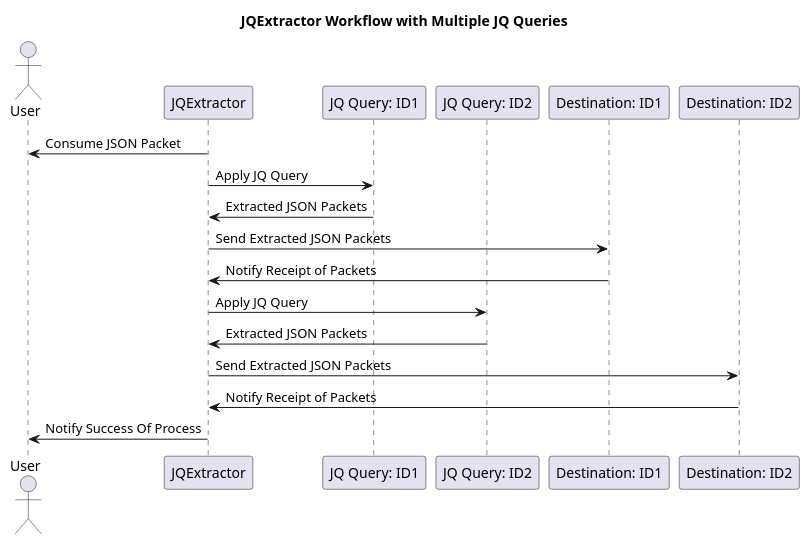
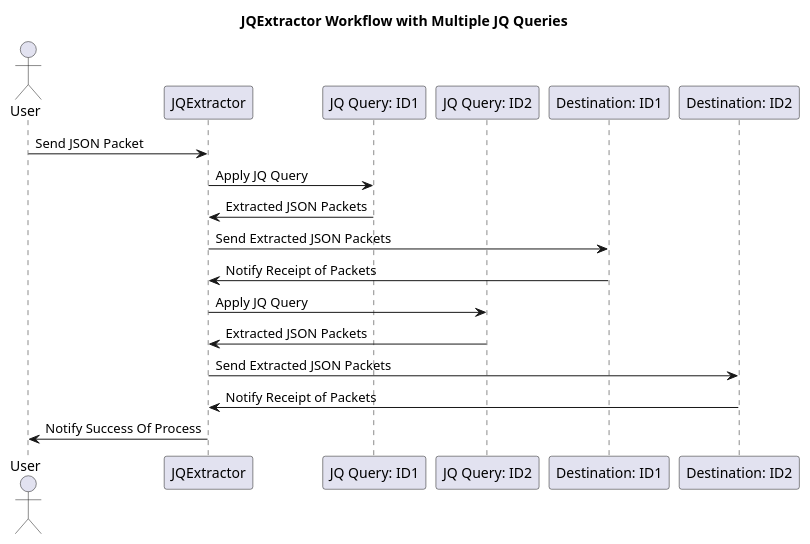
The diagram in docs/user/JQExtractor/JQExtractor_WorkFlow.puml (xtuml/otel2pv), drawn with PlantUML before and after one commit. The commit also changed 5 other files, not shown here.

```diff
--- a/docs/user/JQExtractor/JQExtractor_WorkFlow.puml
+++ b/docs/user/JQExtractor/JQExtractor_WorkFlow.puml
@@ -1,22 +1,22 @@
 @startuml
 title JQExtractor Workflow with Multiple JQ Queries
 
 actor User
 participant "JQExtractor" as JQExtractor
 participant "JQ Query: ID1" as JQQuery1
 participant "JQ Query: ID2" as JQQuery2
 participant "Destination: ID1" as Destination1
 participant "Destination: ID2" as Destination2
 
-User <- JQExtractor: Consume JSON Packet
+User -> JQExtractor: Send JSON Packet
 JQExtractor -> JQQuery1: Apply JQ Query
 JQQuery1 -> JQExtractor: Extracted JSON Packets
 JQExtractor -> Destination1: Send Extracted JSON Packets
 Destination1 -> JQExtractor: Notify Receipt of Packets
 JQExtractor -> JQQuery2: Apply JQ Query
 JQQuery2 -> JQExtractor: Extracted JSON Packets
 JQExtractor -> Destination2: Send Extracted JSON Packets
 Destination2 -> JQExtractor: Notify Receipt of Packets
 JQExtractor -> User: Notify Success Of Process
 
 @enduml
```
